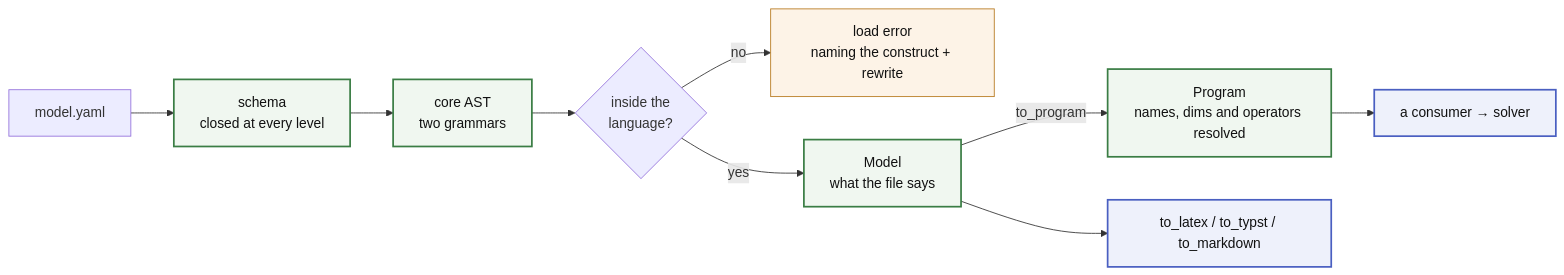
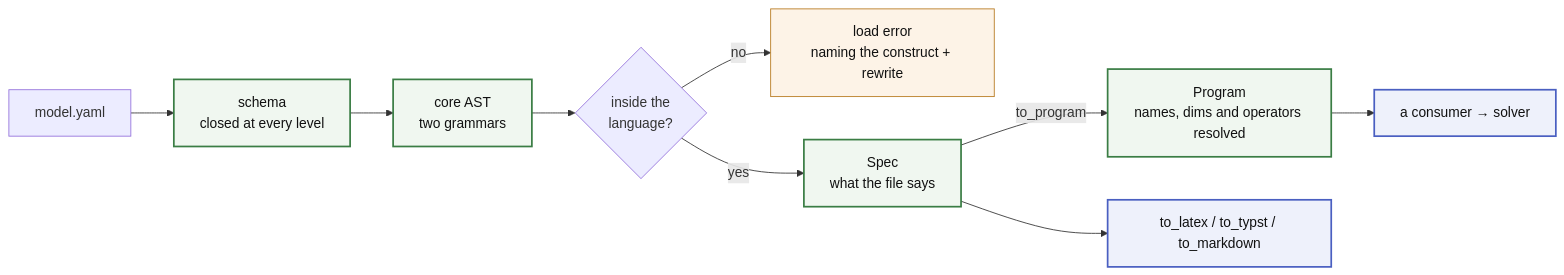
Before and after one commit to energy-models/math-spec: the diagram in README.md, drawn with Mermaid. The commit also changed other lines of this file and 35 other files, not shown here.

````diff
--- a/README.md
+++ b/README.md
@@ -50,18 +50,18 @@
 ```mermaid
 flowchart LR
     Y["model.yaml"] --> S["schema<br/>closed at every level"]
     S --> AST["core AST<br/>two grammars"]
     AST --> Q{"inside the<br/>language?"}
     Q -->|"no"| ERR["load error<br/>naming the construct + rewrite"]
-    Q -->|"yes"| M["Model<br/>what the file says"]
+    Q -->|"yes"| M["Spec<br/>what the file says"]
     M -->|"to_program"| P["Program<br/>names, dims and operators resolved"]
     P --> ENG["a consumer → solver"]
     M --> T["to_latex / to_typst / to_markdown"]
 
     classDef spec fill:#f0f7f0,stroke:#3a7d44,stroke-width:2px,color:#111
     classDef consumer fill:#eef1fb,stroke:#4a5fc1,stroke-width:2px,color:#111
     classDef err fill:#fdf3e7,stroke:#b7791f,color:#111
     class S,AST,M,P spec
     class ENG,T consumer
     class ERR err
 ```
````
